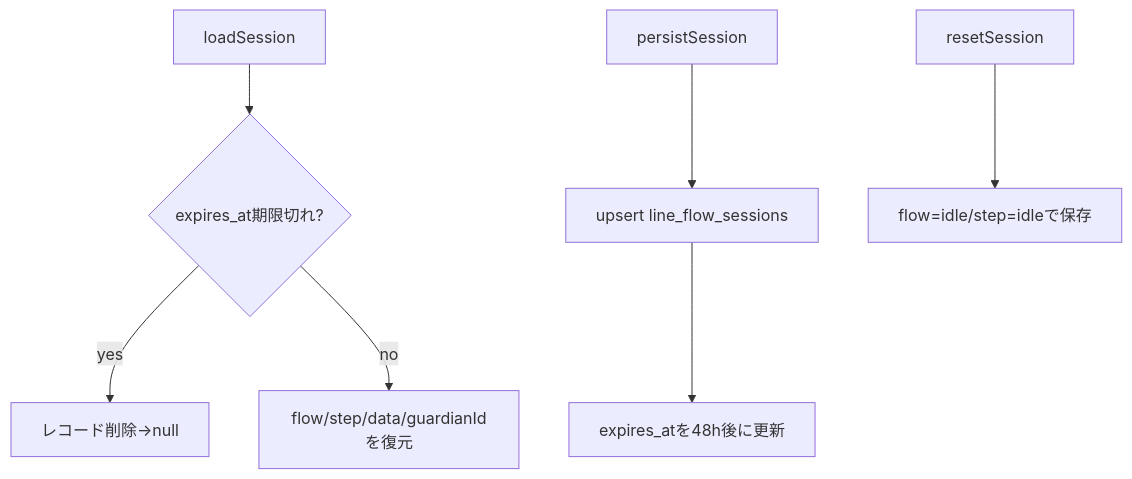
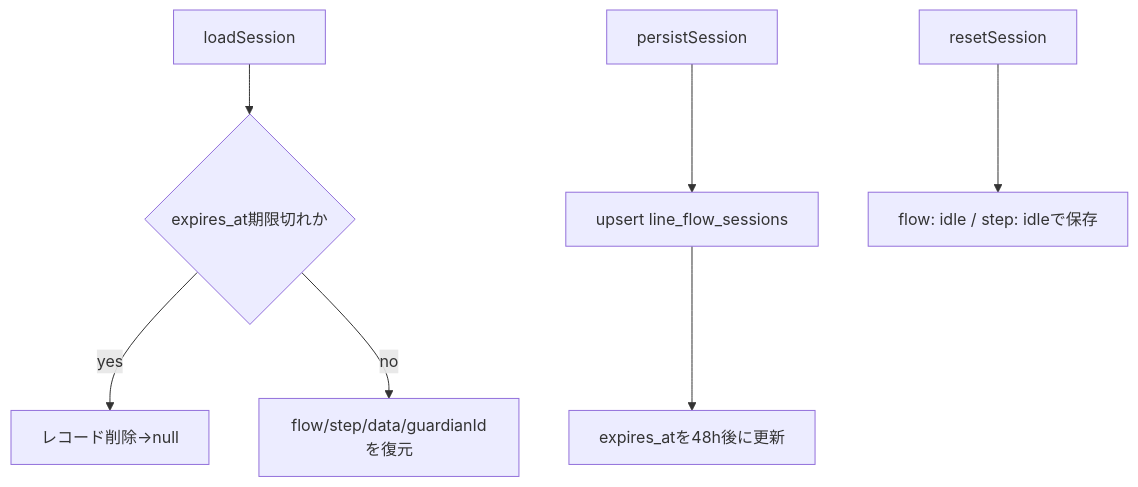
The fifth of 10 diagrams in docs/line-flow-diagrams.md (wakodai/free-school-try5), drawn with Mermaid before and after one commit. The commit also changed other lines of this file, not shown here.

Commit message:
Mermaid図のパースエラー表記を修正

````diff
--- a/docs/line-flow-diagrams.md
+++ b/docs/line-flow-diagrams.md
@@ -70,11 +70,11 @@
 ```mermaid
 flowchart TD
-  A[loadSession] --> B{expires_at期限切れ?}
-  B -->|yes| C[レコード削除->null]
+  A[loadSession] --> B{expires_at期限切れか}
+  B -->|yes| C[レコード削除→null]
   B -->|no| D[flow/step/data/guardianIdを復元]
 
   E[persistSession] --> F[upsert line_flow_sessions]
   F --> G[expires_atを48h後に更新]
 
-  H[resetSession] --> I[flow=idle/step=idleで保存]
+  H[resetSession] --> I[flow: idle / step: idleで保存]
 ```
````
